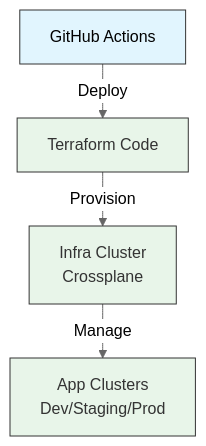
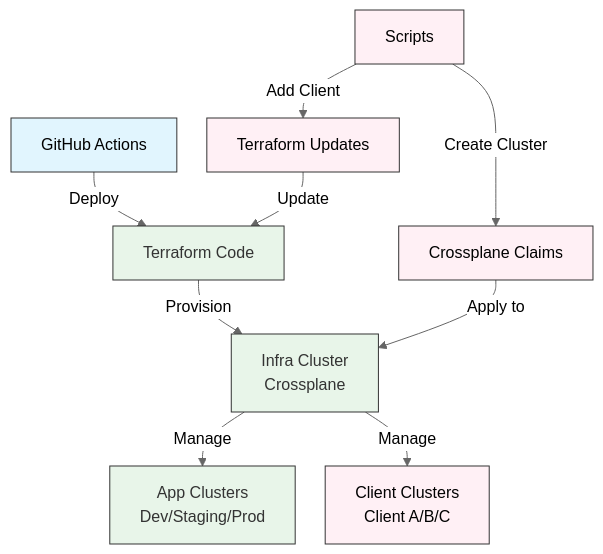
The second of 2 diagrams in README.md (Mdaftab/infra-Platform-for-B2B), drawn with Mermaid before and after one commit. The commit also changed other lines of this file and 8 other files, not shown here.

````diff
--- a/README.md
+++ b/README.md
@@ -61,14 +71,22 @@
 ```mermaid
 %%{init: {'theme': 'neutral', 'flowchart': { 'curve': 'basis', 'nodeSpacing': 30, 'rankSpacing': 30 }}}%%
 flowchart TD
     A[GitHub Actions] -->|Deploy| B[Terraform Code]
     B -->|Provision| C[Infra Cluster<br>Crossplane]
     C -->|Manage| D[App Clusters<br>Dev/Staging/Prod]
+    C -->|Manage| E[Client Clusters<br>Client A/B/C]
+    
+    F[Scripts] -->|Add Client| G[Terraform Updates]
+    F -->|Create Cluster| H[Crossplane Claims]
+    G -->|Update| B
+    H -->|Apply to| C
     
     classDef default fill:#f9f9f9,stroke:#333,stroke-width:1px;
     classDef action fill:#e1f5fe,stroke:#333,stroke-width:1px;
     classDef cluster fill:#e8f5e9,stroke:#333,stroke-width:1px;
+    classDef client fill:#fff0f5,stroke:#333,stroke-width:1px;
     
     class A action;
     class B,C,D cluster;
+    class E,F,G,H client;
 ```
````
